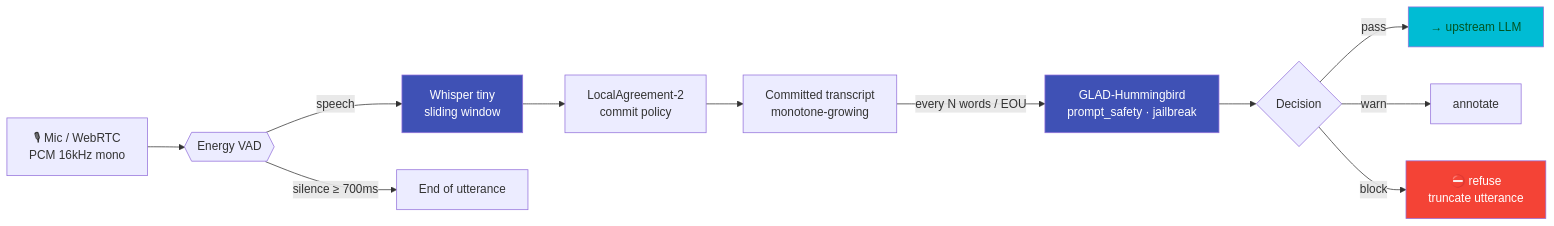
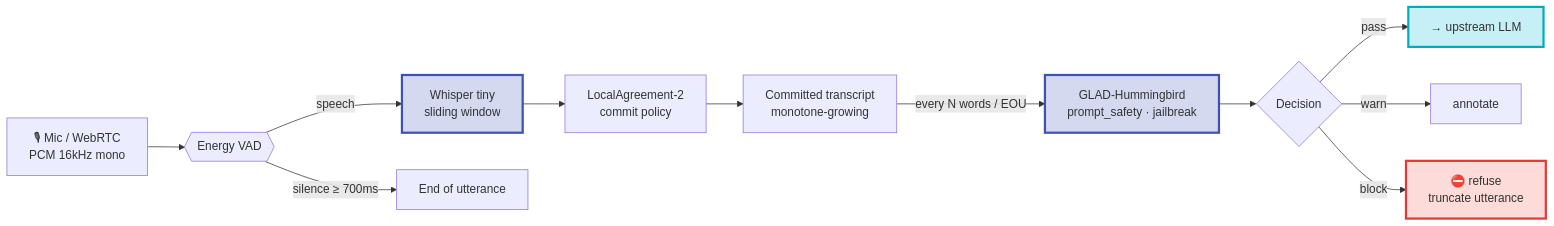
Before and after one commit to geodesia-ai/geodesia-docs: the diagram in docs/g1-proxy/audio-input.md, drawn with Mermaid. The commit also changed 2 other files, not shown here.

````diff
--- a/docs/g1-proxy/audio-input.md
+++ b/docs/g1-proxy/audio-input.md
@@ -15,17 +15,22 @@
 ```mermaid
 flowchart LR
     M[🎙 Mic / WebRTC<br/>PCM 16kHz mono] --> V{{Energy VAD}}
     V -->|speech| W[Whisper tiny<br/>sliding window]
     V -->|silence ≥ 700ms| EOU[End of utterance]
     W --> LA[LocalAgreement-2<br/>commit policy]
     LA --> T[Committed transcript<br/>monotone-growing]
     T -->|every N words / EOU| G[GLAD-Hummingbird<br/>prompt_safety · jailbreak]
     G --> D{Decision}
     D -->|pass| U[→ upstream LLM]
     D -->|warn| A[annotate]
     D -->|block| X[⛔ refuse<br/>truncate utterance]
-    style W fill:#3f51b5,color:#fff
-    style G fill:#3f51b5,color:#fff
-    style X fill:#f44336,color:#fff
-    style U fill:#00bcd4,color:#052
+    %% Tinte chiare, mai fondi pieni: il colore del testo non e' nostro da
+    %% scegliere (vedi la nota in stylesheets/extra.css), quindi il fondo deve
+    %% restare vicino a quello della pagina in entrambi i temi.
+    classDef gdCore  fill:#3f51b538,stroke:#3f51b5,stroke-width:3px
+    classDef gdOut   fill:#00bcd438,stroke:#00acc1,stroke-width:3px
+    classDef gdBlock fill:#f4433630,stroke:#e53935,stroke-width:3px
+    class W,G gdCore
+    class U gdOut
+    class X gdBlock
 ```
````
